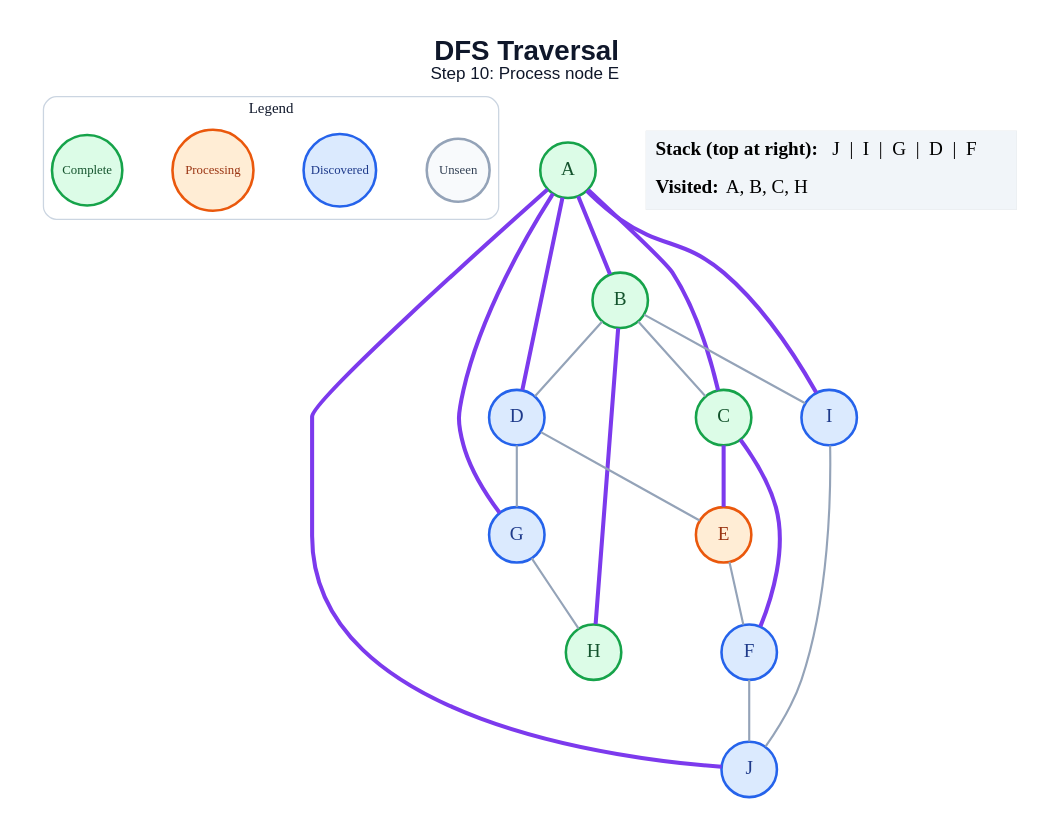
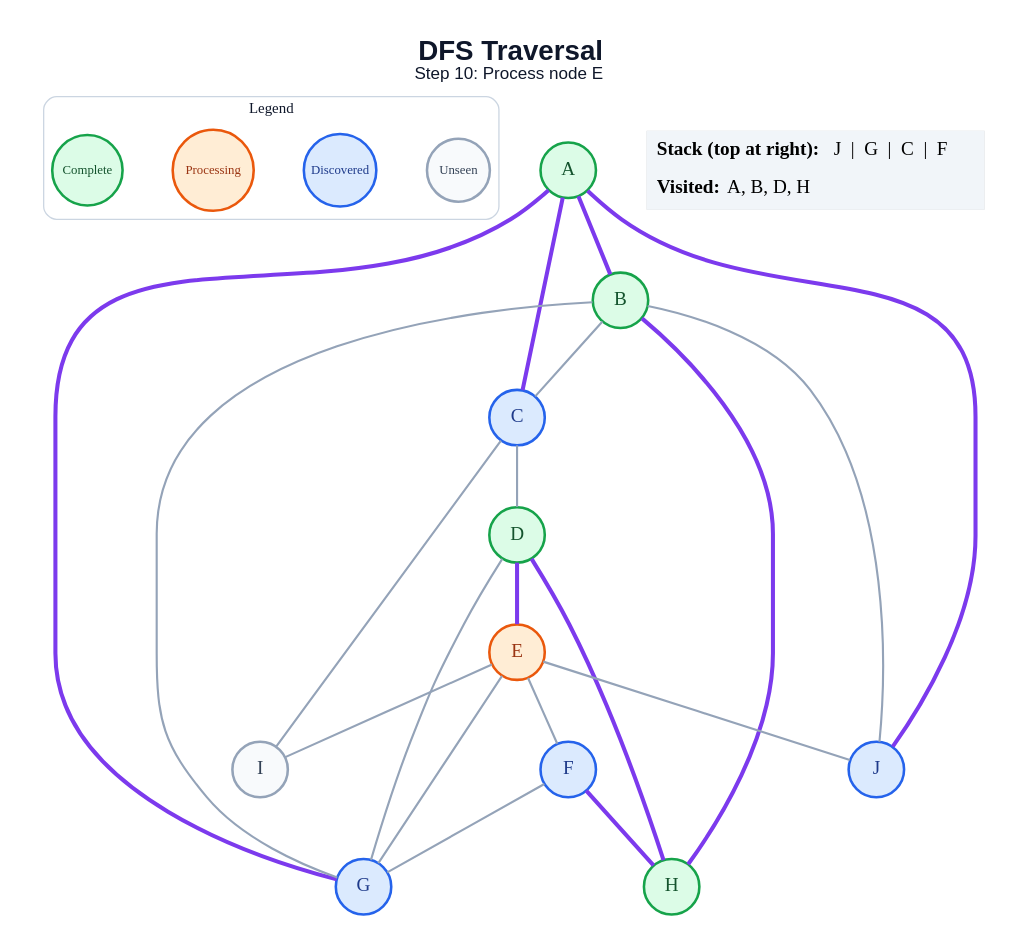
Before and after one commit to amanghodawala9/ai-slop: the diagram in generated/dfs/step_10.dot, drawn with Graphviz. The commit also changed 178 other files, not shown here.

```diff
--- a/generated/dfs/step_10.dot
+++ b/generated/dfs/step_10.dot
@@ -1,47 +1,48 @@
 graph traversal {
   graph [layout=dot, rankdir=TB, bgcolor="#FFFFFF", pad="0.35", nodesep="0.65", ranksep="0.8", fontname="Arial"];
   node [shape=circle, style="filled", fontname="Arial Bold", fontsize=18, width=0.72, fixedsize=true, penwidth=2.4];
   edge [color="#94A3B8", penwidth=2.0];
   label=<<B>DFS Traversal</B><BR/><FONT POINT-SIZE="16">Step 10: Process node E</FONT>>; labelloc="t"; fontsize=26; fontname="Arial"; fontcolor="#0F172A";
   subgraph cluster_legend { label="Legend"; color="#CBD5E1"; penwidth=1.2; style="rounded"; fontsize=14; fontname="Arial Bold";
     key_unseen [label="Unseen", fillcolor="#F8FAFC", color="#94A3B8", fontcolor="#334155", fontsize=12, width=0.82];
     key_frontier [label="Discovered", fillcolor="#DBEAFE", color="#2563EB", fontcolor="#1E3A8A", fontsize=12, width=0.95];
     key_current [label="Processing", fillcolor="#FFEDD5", color="#EA580C", fontcolor="#9A3412", fontsize=12, width=1.05];
     key_done [label="Complete", fillcolor="#DCFCE7", color="#16A34A", fontcolor="#14532D", fontsize=12, width=0.92];
     { rank=same; key_unseen; key_frontier; key_current; key_done; }
   }
   A [fillcolor="#DCFCE7", color="#16A34A", fontcolor="#14532D"];
   B [fillcolor="#DCFCE7", color="#16A34A", fontcolor="#14532D"];
-  C [fillcolor="#DCFCE7", color="#16A34A", fontcolor="#14532D"];
-  D [fillcolor="#DBEAFE", color="#2563EB", fontcolor="#1E3A8A"];
+  C [fillcolor="#DBEAFE", color="#2563EB", fontcolor="#1E3A8A"];
+  D [fillcolor="#DCFCE7", color="#16A34A", fontcolor="#14532D"];
   E [fillcolor="#FFEDD5", color="#EA580C", fontcolor="#9A3412"];
   F [fillcolor="#DBEAFE", color="#2563EB", fontcolor="#1E3A8A"];
   G [fillcolor="#DBEAFE", color="#2563EB", fontcolor="#1E3A8A"];
   H [fillcolor="#DCFCE7", color="#16A34A", fontcolor="#14532D"];
-  I [fillcolor="#DBEAFE", color="#2563EB", fontcolor="#1E3A8A"];
+  I [fillcolor="#F8FAFC", color="#94A3B8", fontcolor="#334155"];
   J [fillcolor="#DBEAFE", color="#2563EB", fontcolor="#1E3A8A"];
   A -- B [color="#7C3AED", penwidth=3.8];
   A -- C [color="#7C3AED", penwidth=3.8];
-  A -- D [color="#7C3AED", penwidth=3.8];
   A -- G [color="#7C3AED", penwidth=3.8];
-  A -- I [color="#7C3AED", penwidth=3.8];
   A -- J [color="#7C3AED", penwidth=3.8];
   B -- C;
-  B -- D;
+  B -- G;
   B -- H [color="#7C3AED", penwidth=3.8];
-  B -- I;
-  C -- E [color="#7C3AED", penwidth=3.8];
-  C -- F [color="#7C3AED", penwidth=3.8];
-  D -- E;
+  B -- J;
+  C -- D;
+  C -- I;
+  D -- E [color="#7C3AED", penwidth=3.8];
   D -- G;
+  D -- H [color="#7C3AED", penwidth=3.8];
   E -- F;
-  F -- J;
-  G -- H;
-  I -- J;
+  E -- G;
+  E -- I;
+  E -- J;
+  F -- G;
+  F -- H [color="#7C3AED", penwidth=3.8];
   status [shape=plain, fixedsize=false, width=0, height=0, margin=0, label=<
     <TABLE BORDER="0" CELLBORDER="0" CELLPADDING="7" BGCOLOR="#F1F5F9">
-      <TR><TD ALIGN="LEFT"><B>Stack (top at right):</B> J  |  I  |  G  |  D  |  F</TD></TR>
-      <TR><TD ALIGN="LEFT"><B>Visited:</B> A, B, C, H</TD></TR>
+      <TR><TD ALIGN="LEFT"><B>Stack (top at right):</B> J  |  G  |  C  |  F</TD></TR>
+      <TR><TD ALIGN="LEFT"><B>Visited:</B> A, B, D, H</TD></TR>
     </TABLE>
   >];
 }
```
